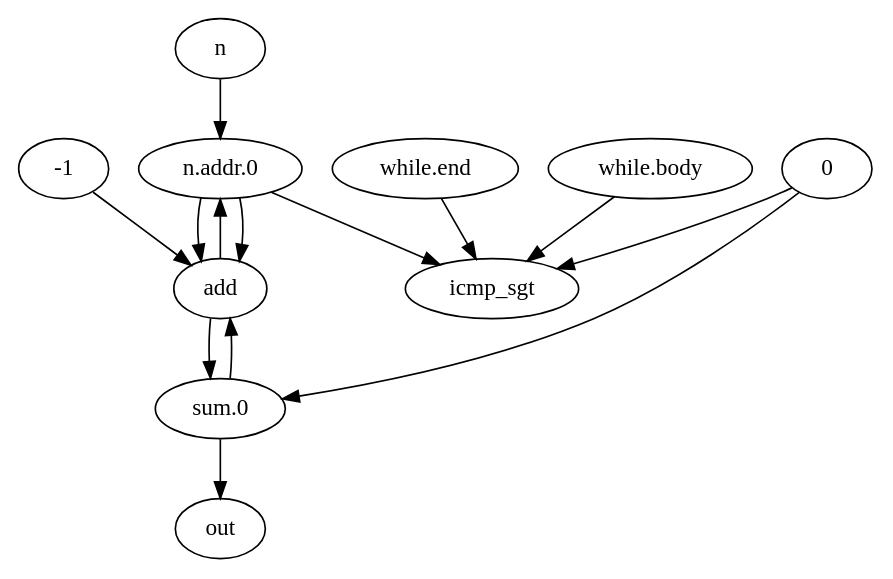
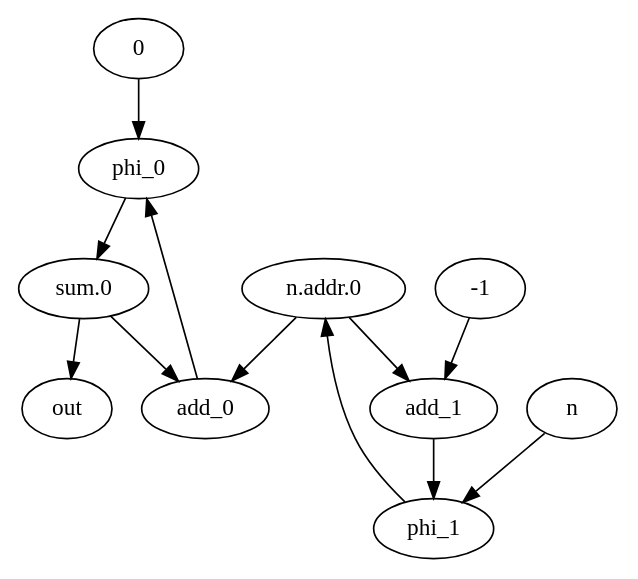
One commit to canesche/cdfg changed the diagram in results/loop_while.dot. Above: the diagram before and after it, drawn with Graphviz. The commit also changed 11 other files, not shown here.

Commit message:
add phi function in dot graph

```diff
--- a/results/loop_while.dot
+++ b/results/loop_while.dot
@@ -1,15 +1,13 @@
 digraph G {
-n -> "n.addr.0"
-add -> "n.addr.0"
-"0" -> "sum.0"
-add -> "sum.0"
-"n.addr.0" -> icmp_sgt
-"0" -> icmp_sgt
-"while.end" -> icmp_sgt
-"while.body" -> icmp_sgt
-"sum.0" -> add
-"n.addr.0" -> add
-"n.addr.0" -> add
-"-1" -> add
+"0" -> phi_0
+add_0 -> phi_0
+phi_0 -> "sum.0"
+n -> phi_1
+add_1 -> phi_1
+phi_1 -> "n.addr.0"
+"sum.0" -> add_0
+"n.addr.0" -> add_0
+"n.addr.0" -> add_1
+"-1" -> add_1
 "sum.0" -> out
 }
```
